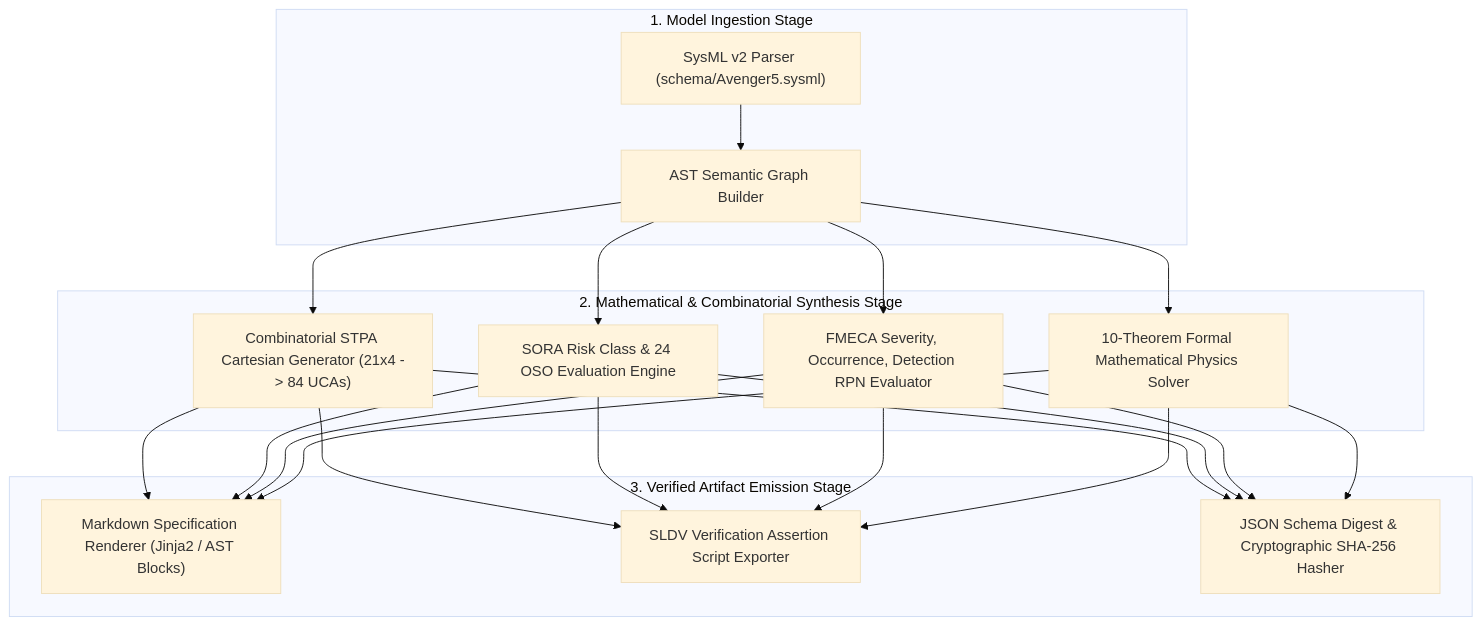
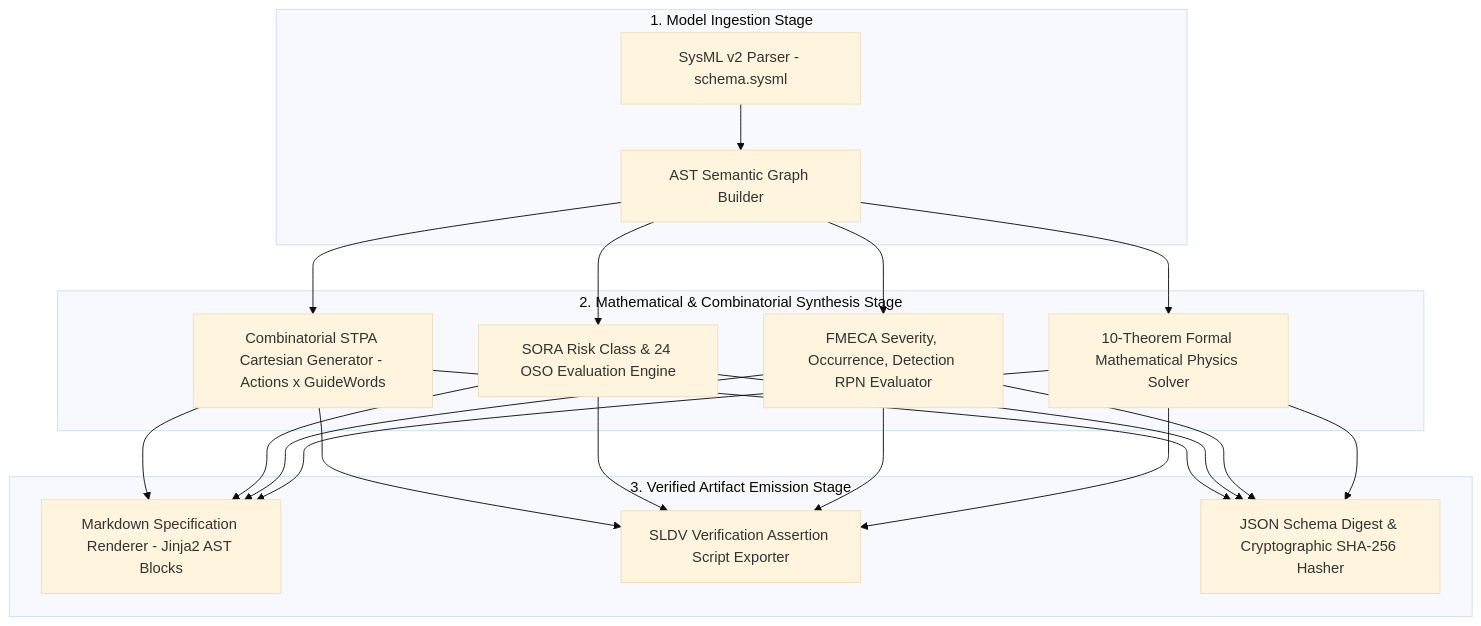
The tenth of 11 diagrams in docs/architecture/blueprints/DEAP_DETERMINISTIC_SAFETY_SPECIFICATION_COMPILER_BLUEPRINT.md (gintatkinson/DEAP01-spec-core), drawn with Mermaid (base theme) before and after one commit. The commit also changed other lines of this file, not shown here.

Commit message:
docs(architecture): purify safety compiler blueprint to 100% abstract schema-driven AST formulation

````diff
--- a/docs/architecture/blueprints/DEAP_DETERMINISTIC_SAFETY_SPECIFICATION_COMPILER_BLUEPRINT.md
+++ b/docs/architecture/blueprints/DEAP_DETERMINISTIC_SAFETY_SPECIFICATION_COMPILER_BLUEPRINT.md
@@ -1353,22 +1308,22 @@
 ```mermaid
 flowchart TD
-    subgraph Ingestion["1. Model Ingestion Stage"]
-        A1["SysML v2 Parser (schema/Avenger5.sysml)"] --> A2["AST Semantic Graph Builder"]
+    subgraph "1. Model Ingestion Stage"
+        A1["SysML v2 Parser - schema.sysml"] --> A2["AST Semantic Graph Builder"]
     end
 
-    subgraph Evaluation["2. Mathematical & Combinatorial Synthesis Stage"]
-        B1["Combinatorial STPA Cartesian Generator (21x4 -> 84 UCAs)"]
+    subgraph "2. Mathematical & Combinatorial Synthesis Stage"
+        B1["Combinatorial STPA Cartesian Generator - Actions x GuideWords"]
         B2["SORA Risk Class & 24 OSO Evaluation Engine"]
         B3["FMECA Severity, Occurrence, Detection RPN Evaluator"]
         B4["10-Theorem Formal Mathematical Physics Solver"]
     end
 
-    subgraph Emission["3. Verified Artifact Emission Stage"]
-        C1["Markdown Specification Renderer (Jinja2 / AST Blocks)"]
+    subgraph "3. Verified Artifact Emission Stage"
+        C1["Markdown Specification Renderer - Jinja2 AST Blocks"]
         C2["SLDV Verification Assertion Script Exporter"]
         C3["JSON Schema Digest & Cryptographic SHA-256 Hasher"]
     end
 
     A2 --> B1 & B2 & B3 & B4
     B1 & B2 & B3 & B4 --> C1 & C2 & C3
 ```
````
